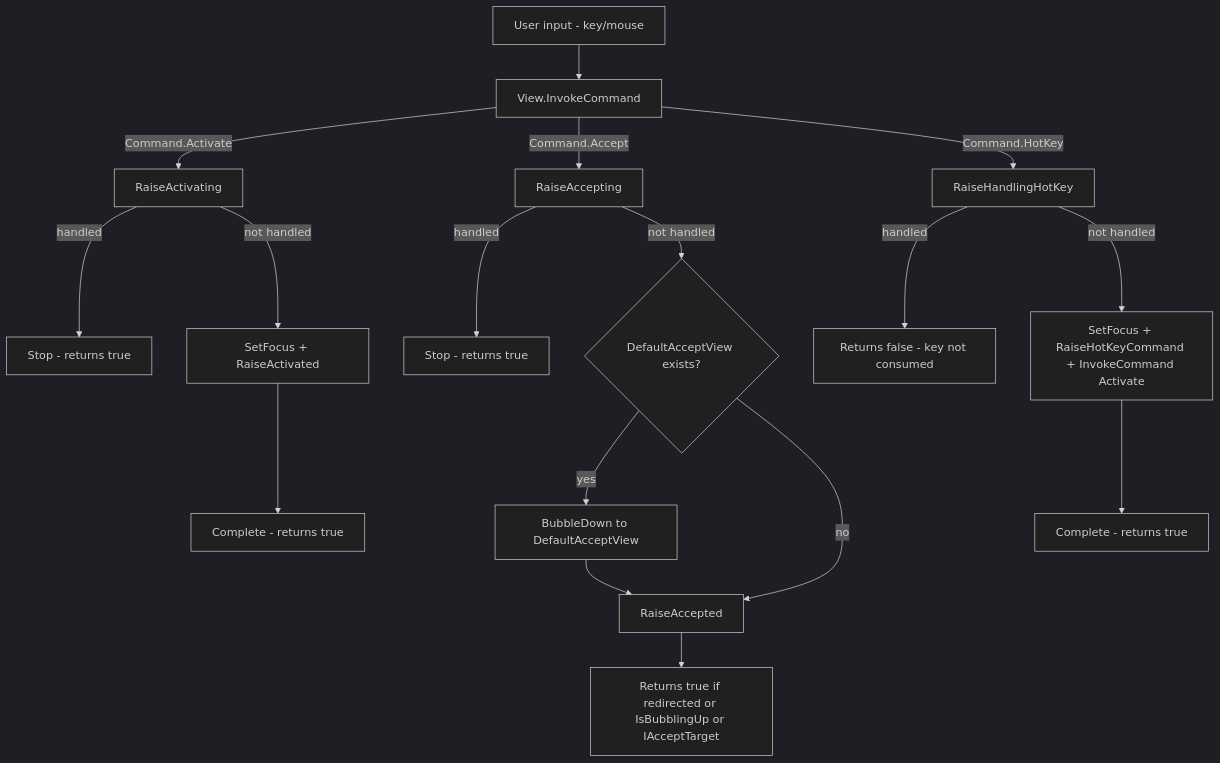
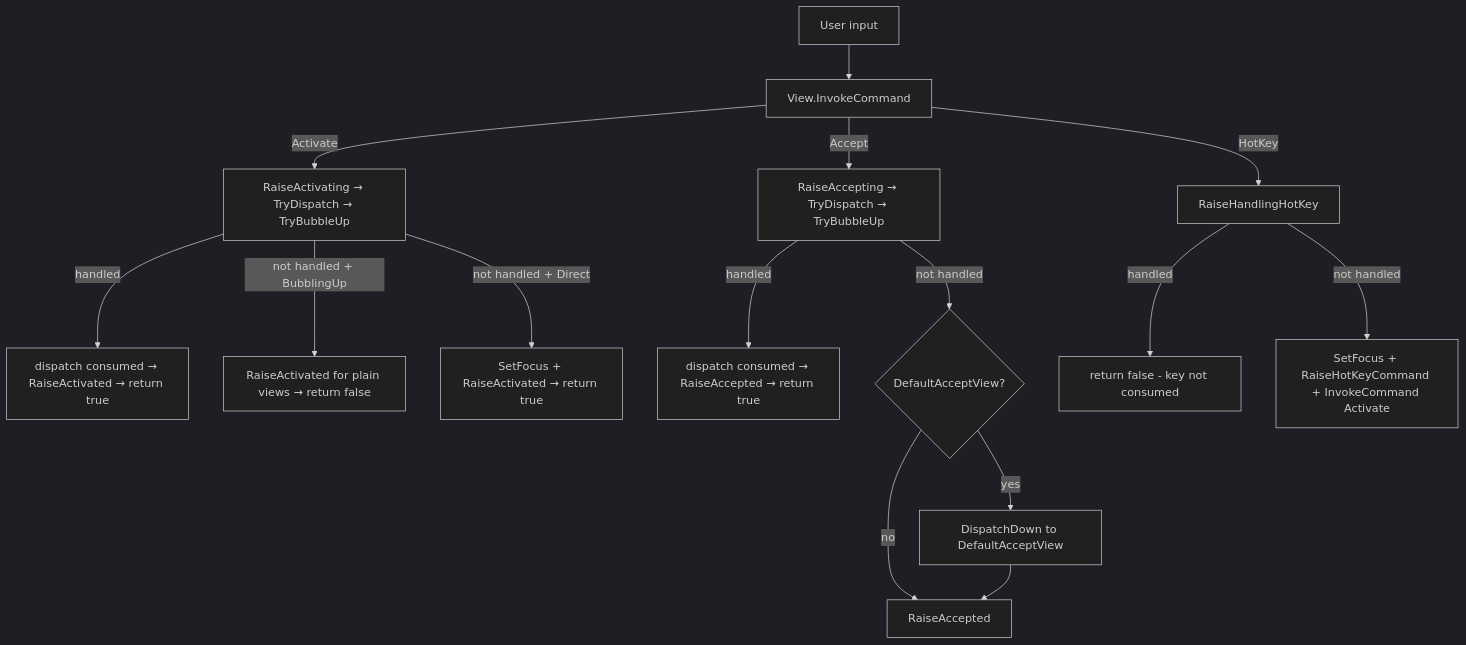
One commit to gui-cs/Terminal.Gui changed the diagram in docfx/docs/command.md. Above: the diagram before and after it, drawn with Mermaid (dark theme). The commit also changed other lines of this file and 19 other files, not shown here.

First line of the commit message:
Fixes #1 - Command bubbling/dispatch event propagation

````diff
--- a/docfx/docs/command.md
+++ b/docfx/docs/command.md
@@ -17,22 +26,20 @@
 ```mermaid
 flowchart TD
-    input[User input - key/mouse] --> invoke[View.InvokeCommand]
-    invoke --> |Command.Activate| act_pre[RaiseActivating]
-    invoke --> |Command.Accept| acc_pre[RaiseAccepting]
-    invoke --> |Command.HotKey| hk_pre[RaiseHandlingHotKey]
+    input[User input] --> invoke[View.InvokeCommand]
+    invoke --> |Activate| act[RaiseActivating → TryDispatch → TryBubbleUp]
+    invoke --> |Accept| acc[RaiseAccepting → TryDispatch → TryBubbleUp]
+    invoke --> |HotKey| hk[RaiseHandlingHotKey]
 
-    act_pre --> |handled| act_stop[Stop - returns true]
-    act_pre --> |not handled| act_handler[SetFocus + RaiseActivated]
-    act_handler --> act_done[Complete - returns true]
+    act --> |handled| act_stop[dispatch consumed → RaiseActivated → return true]
+    act --> |not handled + BubblingUp| act_notify[RaiseActivated for plain views → return false]
+    act --> |not handled + Direct| act_focus[SetFocus + RaiseActivated → return true]
 
-    acc_pre --> |handled| acc_stop[Stop - returns true]
-    acc_pre --> |not handled| acc_default{DefaultAcceptView exists?}
-    acc_default --> |yes| acc_bubble_down[BubbleDown to DefaultAcceptView]
-    acc_bubble_down --> acc_accepted[RaiseAccepted]
-    acc_default --> |no| acc_accepted
-    acc_accepted --> acc_done[Returns true if redirected or IsBubblingUp or IAcceptTarget]
+    acc --> |handled| acc_stop[dispatch consumed → RaiseAccepted → return true]
+    acc --> |not handled| acc_default{DefaultAcceptView?}
+    acc_default --> |yes| acc_redirect[DispatchDown to DefaultAcceptView]
+    acc_default --> |no| acc_accepted[RaiseAccepted]
+    acc_redirect --> acc_accepted
 
-    hk_pre --> |handled| hk_cancel[Returns false - key not consumed]
-    hk_pre --> |not handled| hk_handler[SetFocus + RaiseHotKeyCommand + InvokeCommand Activate]
-    hk_handler --> hk_done[Complete - returns true]
+    hk --> |handled| hk_cancel[return false - key not consumed]
+    hk --> |not handled| hk_focus[SetFocus + RaiseHotKeyCommand + InvokeCommand Activate]
 ```
````
